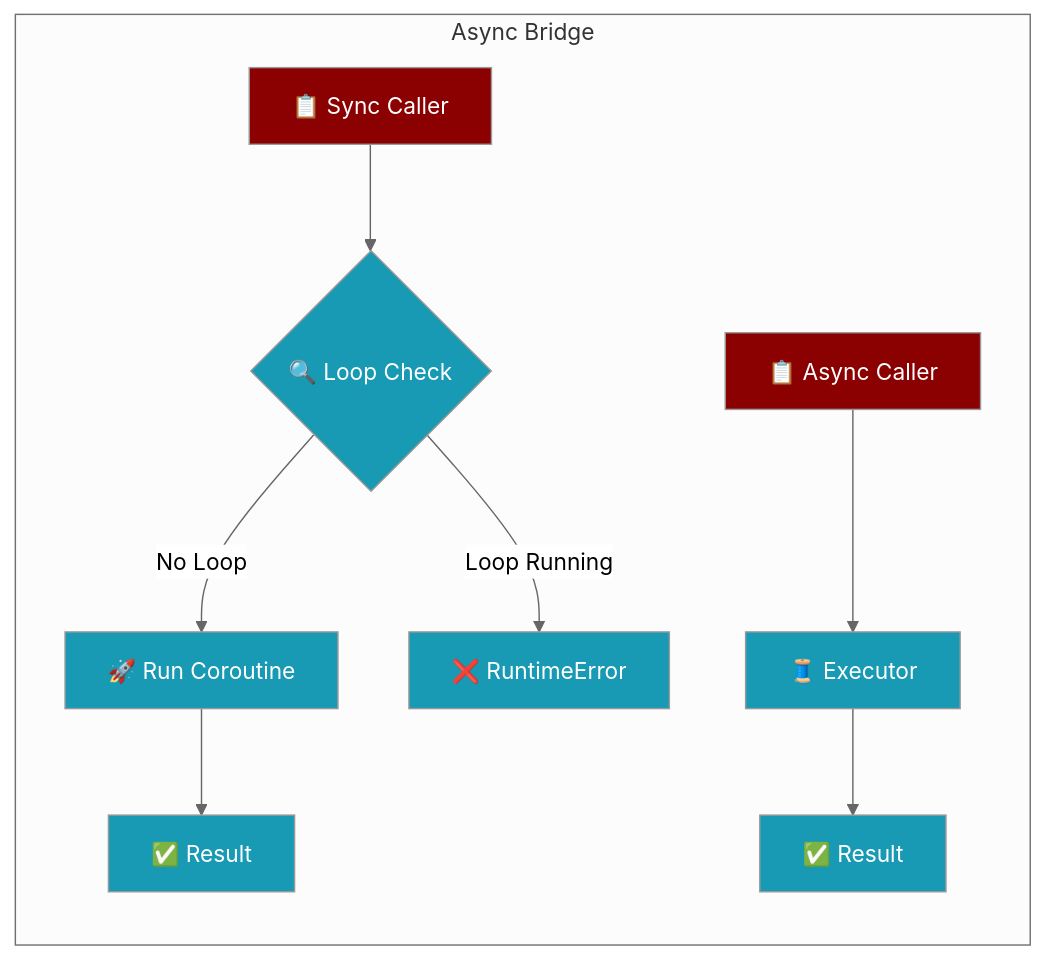
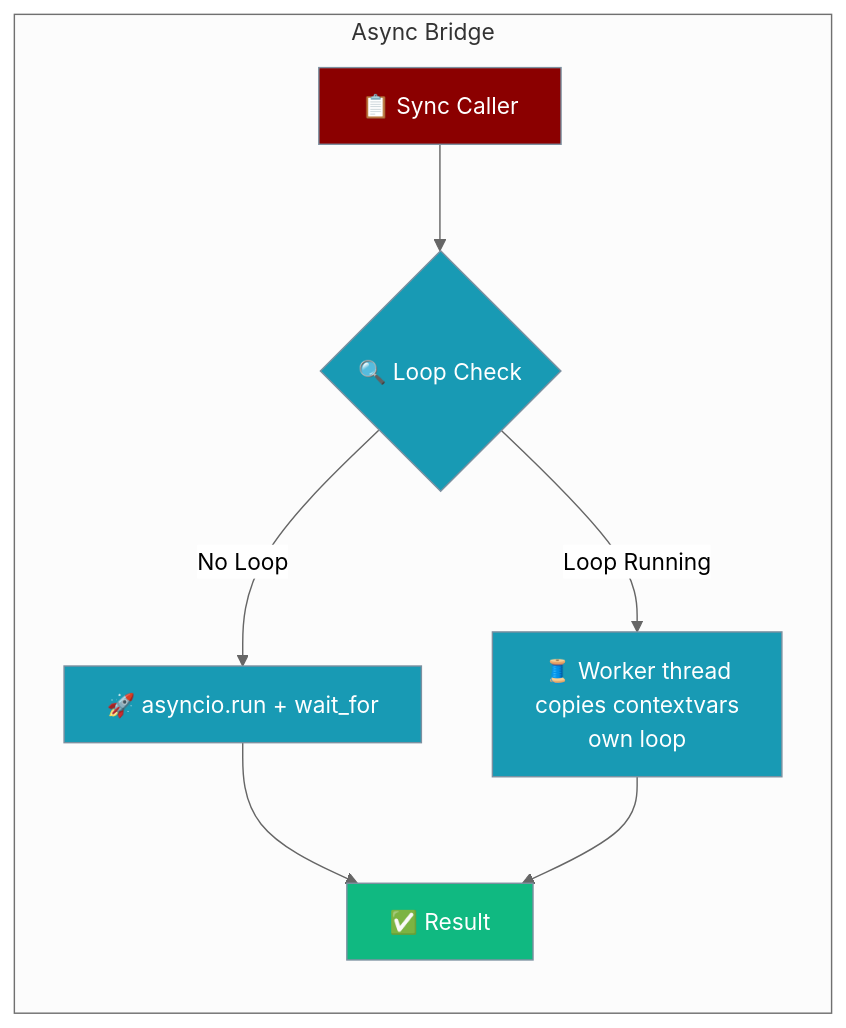
The first of 11 diagrams in docs/features/async-bridge.mdx (MervinPraison/PraisonAIDocs), drawn with Mermaid (neutral theme) before and after one commit. The commit also changed other lines of this file and 2 other files, not shown here.

First line of the commit message:
docs: update async-bridge for run_coroutine_from_any_context (fixes #4335)

````diff
--- a/docs/features/async-bridge.mdx
+++ b/docs/features/async-bridge.mdx
@@ -19,18 +19,18 @@
 ```mermaid
 graph LR
     subgraph "Async Bridge"
         A[📋 Sync Caller] --> B{🔍 Loop Check}
-        B -->|No Loop| C[🚀 Run Coroutine]
-        B -->|Loop Running| D[❌ RuntimeError]
+        B -->|No Loop| C[🚀 asyncio.run + wait_for]
+        B -->|Loop Running| W[🧵 Worker thread<br/>copies contextvars<br/>own loop]
         C --> E[✅ Result]
-        
-        F[📋 Async Caller] --> G[🧵 Executor]
-        G --> H[✅ Result]
+        W --> E
     end
-    
-    classDef agent fill:#8B0000,color:#fff
-    classDef tool fill:#189AB4,color:#fff
-    
-    class A,F agent
-    class B,C,D,E,G,H tool
+
+    classDef caller fill:#8B0000,stroke:#7C90A0,color:#fff
+    classDef bridge fill:#189AB4,stroke:#7C90A0,color:#fff
+    classDef result fill:#10B981,stroke:#7C90A0,color:#fff
+
+    class A caller
+    class B,C,W bridge
+    class E result
 ```
````
